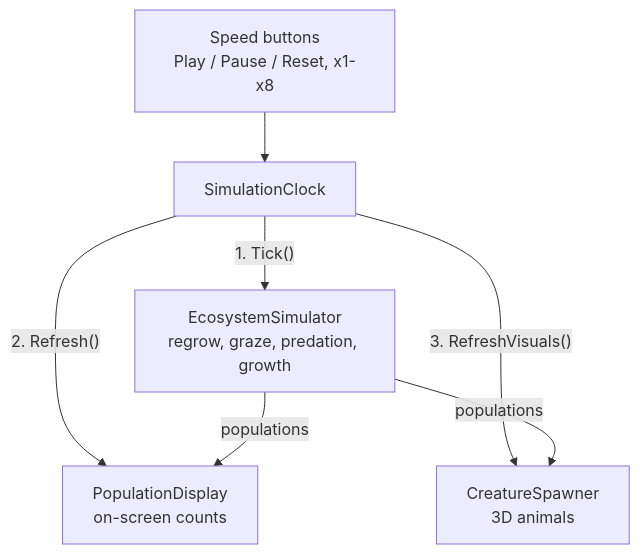
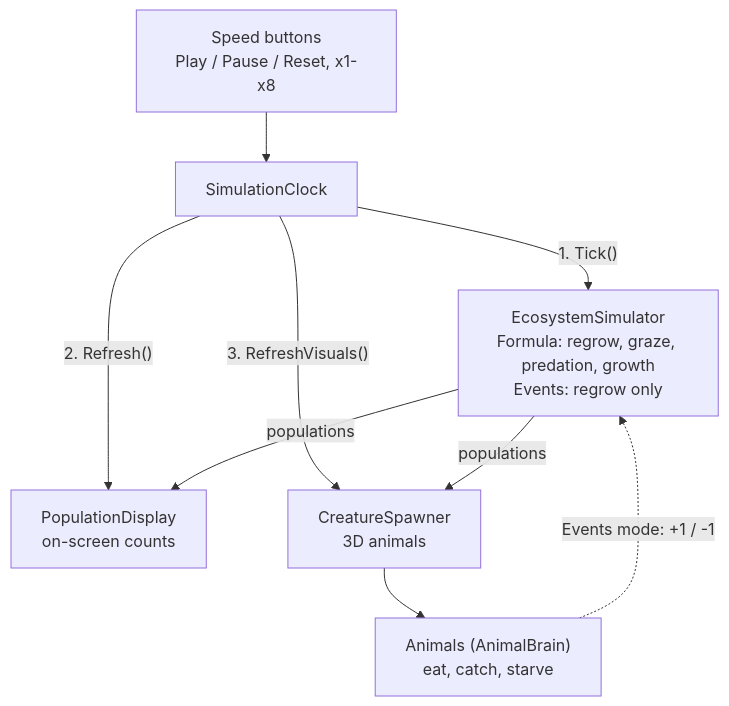
One commit to Jarrodtan/Project_5_99Bugs changed the second of 3 diagrams in docs/architecture.md. Above: the diagram before and after it, drawn with Mermaid. The commit also changed other lines of this file, not shown here.

Commit message:
architecture.md: Events mode (tick diagram, mode table, agents, T03 status)

````diff
--- a/docs/architecture.md
+++ b/docs/architecture.md
@@ -42,15 +42,18 @@
 ```mermaid
 flowchart TB
     BTN["Speed buttons<br/>Play / Pause / Reset, x1-x8"]
     CLK["SimulationClock"]
-    ECO["EcosystemSimulator<br/>regrow, graze, predation, growth"]
+    ECO["EcosystemSimulator<br/>Formula: regrow, graze, predation, growth<br/>Events: regrow only"]
     POP["PopulationDisplay<br/>on-screen counts"]
     SPN["CreatureSpawner<br/>3D animals"]
+    BRN["Animals (AnimalBrain)<br/>eat, catch, starve"]
 
     BTN --> CLK
     CLK -- "1. Tick()" --> ECO
     CLK -- "2. Refresh()" --> POP
     CLK -- "3. RefreshVisuals()" --> SPN
     ECO -- "populations" --> POP
     ECO -- "populations" --> SPN
+    SPN --> BRN
+    BRN -. "Events mode: +1 / -1" .-> ECO
 ```
````
